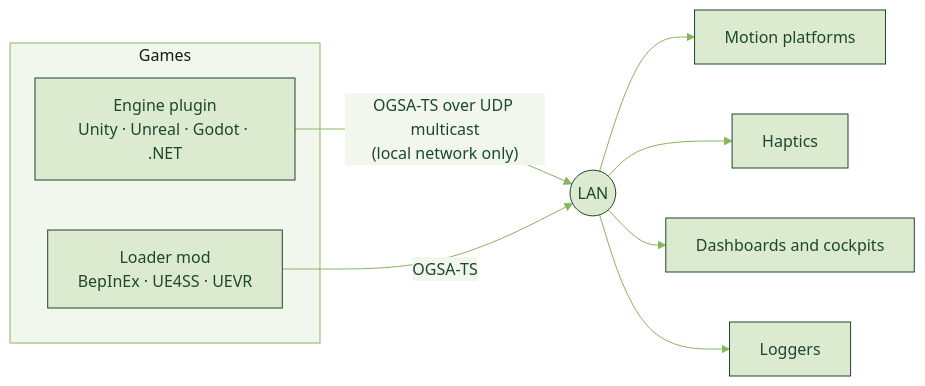
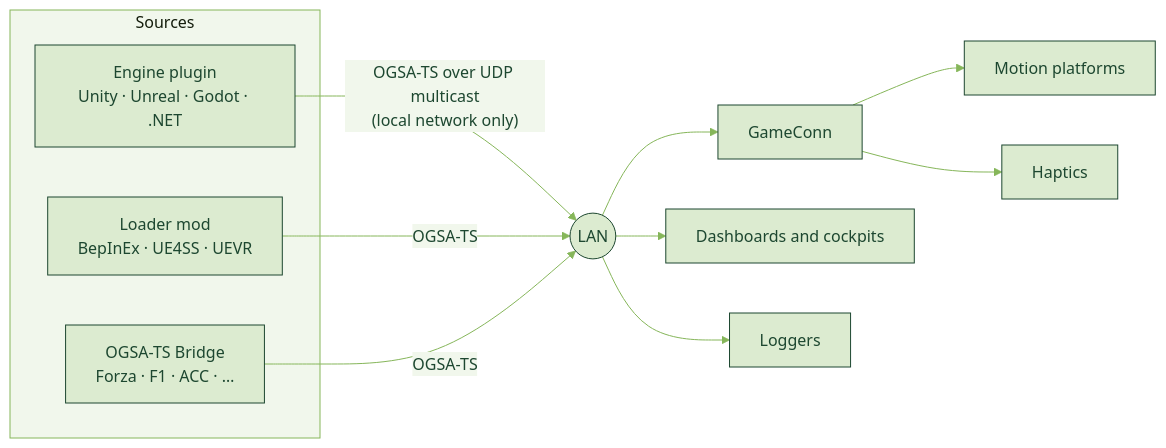
Before and after one commit to Open-Game-Standards-Alliance/.github: the diagram in profile/README.md, drawn with Mermaid. The commit also changed other lines of this file, not shown here.

First line of the commit message:
Profile: add OGSA-TS Bridge and GameConn

````diff
--- a/profile/README.md
+++ b/profile/README.md
@@ -69,14 +69,17 @@
 ```mermaid
 %%{init: {'theme': 'base', 'themeVariables': {'primaryColor': '#dcebd0', 'primaryTextColor': '#1d4730', 'primaryBorderColor': '#1d4730', 'lineColor': '#86b65a', 'clusterBkg': '#f1f7ec', 'clusterBorder': '#86b65a', 'edgeLabelBackground': '#f1f7ec'}}}%%
 flowchart LR
-    subgraph sources["Games"]
+    subgraph sources["Sources"]
         P["Engine plugin<br/>Unity · Unreal · Godot · .NET"]
         M["Loader mod<br/>BepInEx · UE4SS · UEVR"]
+        B["OGSA-TS Bridge<br/>Forza · F1 · ACC · …"]
     end
     P -- "OGSA-TS over UDP multicast<br/>(local network only)" --> L(("LAN"))
     M -- "OGSA-TS" --> L
-    L --> R["Motion platforms"]
-    L --> H["Haptics"]
+    B -- "OGSA-TS" --> L
+    L --> C["GameConn"]
+    C --> R["Motion platforms"]
+    C --> H["Haptics"]
     L --> D["Dashboards and cockpits"]
     L --> G["Loggers"]
 ```
````
